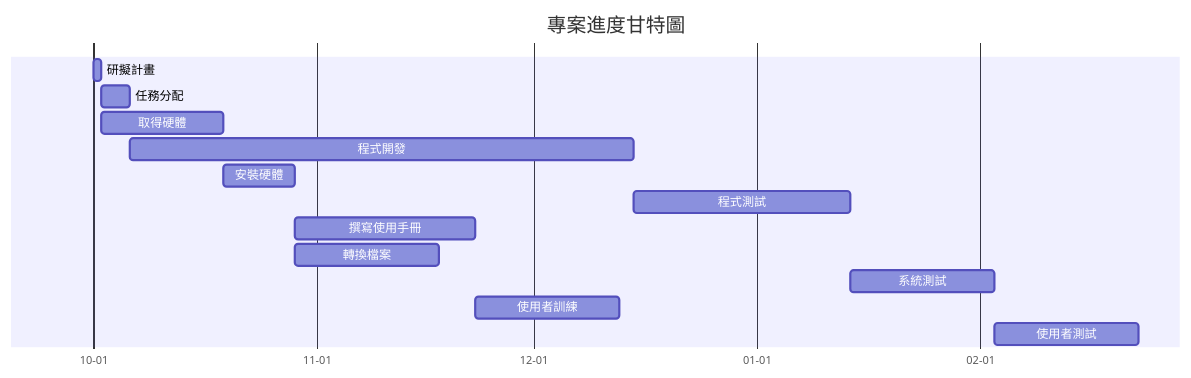
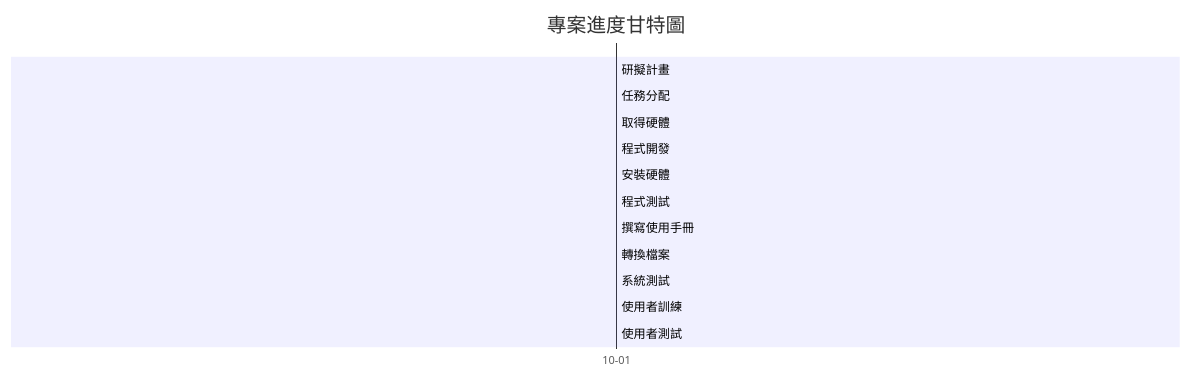
Before and after one commit to C112118117/Markdown-: the first of 3 diagrams in hw2.md, drawn with Mermaid.

````diff
--- a/hw2.md
+++ b/hw2.md
@@ -2,22 +2,22 @@
 ```mermaid
 gantt
     title 專案進度甘特圖
     dateFormat  YYYY-MM-DD
     axisFormat  %m-%d
 
     
-    研擬計畫         :a1, 2025-10-01, 1d
-    任務分配         :a2, after a1, 4d
-    取得硬體         :a3, after a1, 17d
-    程式開發         :a4, after a2, 70d
-    安裝硬體         :a5, after a3, 10d 
-    程式測試         :a6, after a4, 30d
-    撰寫使用手冊      :a7, after a5, 25d
-    轉換檔案         :a8, after a5, 20d
-    系統測試         :a9, after a6, 20d
-    使用者訓練       :a10, after a7 after a8, 20d
-    使用者測試       :a11, after a9 after a10, 20d
+    研擬計畫         :a1, 2025-10-01, 1天
+    任務分配         :a2, after a1, 4天
+    取得硬體         :a3, after a1, 17天
+    程式開發         :a4, after a2, 70天
+    安裝硬體         :a5, after a3, 10天
+    程式測試         :a6, after a4, 30天
+    撰寫使用手冊      :a7, after a5, 25天
+    轉換檔案         :a8, after a5, 20天
+    系統測試         :a9, after a6, 20天
+    使用者訓練       :a10, after a7 after a8, 20天
+    使用者測試       :a11, after a9 after a10, 20天
 
    
     
 ```
````
